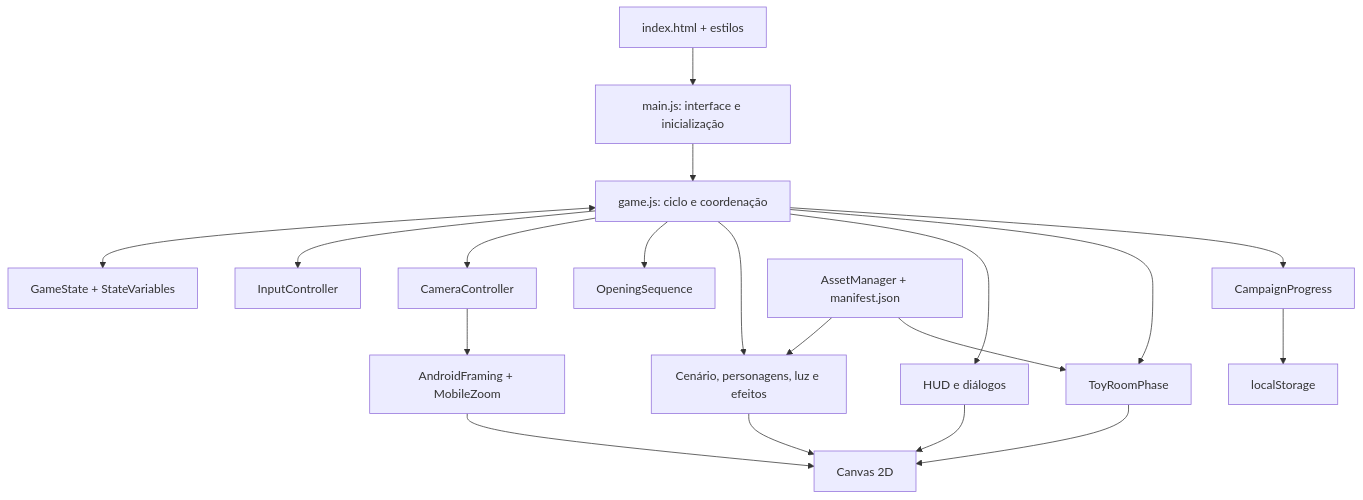
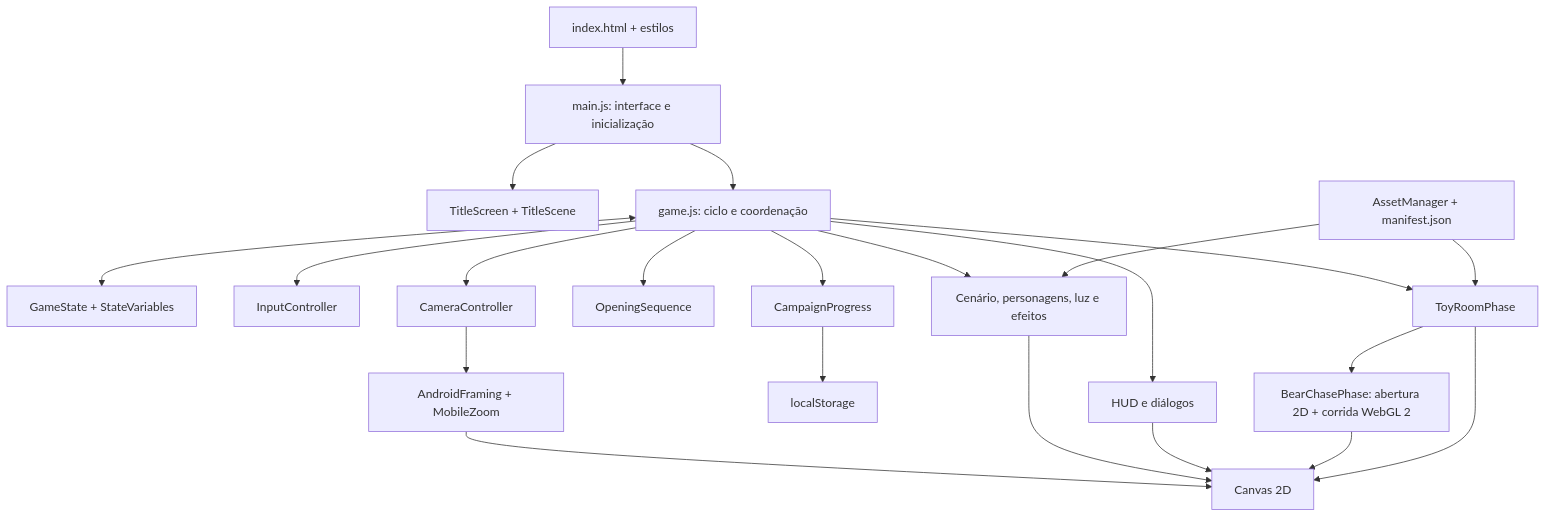
One commit to luciussama/legendGirl changed the diagram in README.md. Above: the diagram before and after it, drawn with Mermaid. The commit also changed other lines of this file and 48 other files, not shown here.

````diff
--- a/README.md
+++ b/README.md
@@ -80,21 +84,24 @@
 ```mermaid
 flowchart TD
     HTML["index.html + estilos"] --> Main["main.js: interface e inicialização"]
+    Main --> Title["TitleScreen + TitleScene"]
     Main --> Game["game.js: ciclo e coordenação"]
     Game <--> State["GameState + StateVariables"]
     Game --> Input["InputController"]
     Game --> Camera["CameraController"]
     Game --> Opening["OpeningSequence"]
     Game --> Render["Cenário, personagens, luz e efeitos"]
     Game --> UI["HUD e diálogos"]
     Game --> Toy["ToyRoomPhase"]
     Game --> Progress["CampaignProgress"]
     Progress --> Storage["localStorage"]
     Assets["AssetManager + manifest.json"] --> Render
     Assets --> Toy
     Camera --> Presentation["AndroidFraming + MobileZoom"]
     Presentation --> Canvas["Canvas 2D"]
     Render --> Canvas
     UI --> Canvas
+    Toy --> Chase["BearChasePhase: abertura 2D + corrida WebGL 2"]
+    Chase --> Canvas
     Toy --> Canvas
 ```
````
